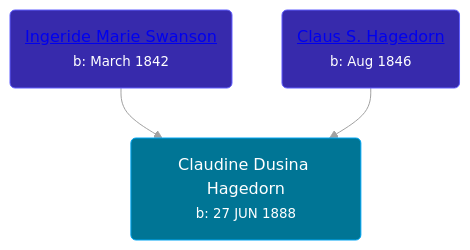
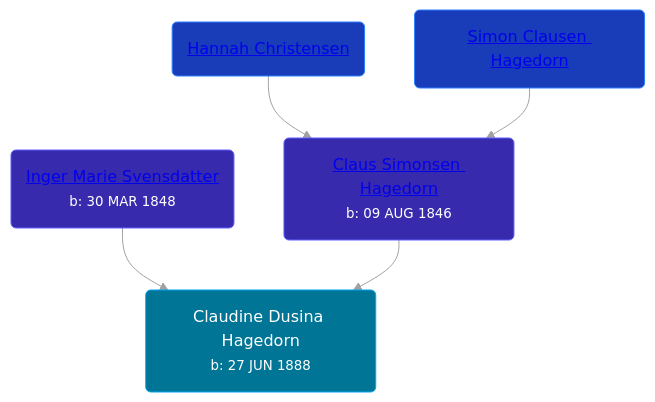
One commit to wpmgotkh/wpmgotkh.github.io changed the diagram in pages/people/2/21896640.md. Above: the diagram before and after it, drawn with Mermaid. The commit also changed other lines of this file and 213 other files, not shown here.

````diff
--- a/pages/people/2/21896640.md
+++ b/pages/people/2/21896640.md
@@ -11,10 +11,12 @@
 ```mermaid
 graph
 classDef grands fill:#193cb8,stroke:#2b7fff,stroke-width:1px,color:#fff;
 classDef parents fill:#372aac,stroke:#615fff,stroke-width:1px,color:#fff;
 classDef primary fill:#007595,stroke:#00a6f4,stroke-width:1px,color:#fff;
 21896640(Claudine Dusina Hagedorn<br /><small>b: 27 JUN 1888</small>):::primary
-41786466(<a class="text-white" href="/people/4/41786466">Ingeride Marie Swanson</a><br /><small>b: March 1842</small>):::parents-->21896640
-89695136(<a class="text-white" href="/people/8/89695136">Claus S. Hagedorn</a><br /><small>b: Aug 1846</small>):::parents-->21896640
+41786466(<a class="text-white" href="/people/4/41786466">Inger Marie Svensdatter</a><br /><small>b: 30 MAR 1848</small>):::parents-->21896640
+89695136(<a class="text-white" href="/people/8/89695136">Claus Simonsen Hagedorn</a><br /><small>b: 09 AUG 1846</small>):::parents-->21896640
+1113854(<a class="text-white" href="/people/1/1113854">Hannah Christensen</a>):::grands-->89695136
+50450582(<a class="text-white" href="/people/5/50450582">Simon Clausen Hagedorn</a>):::grands-->89695136
 linkStyle default stroke:#a1a1a1
 ```
````
